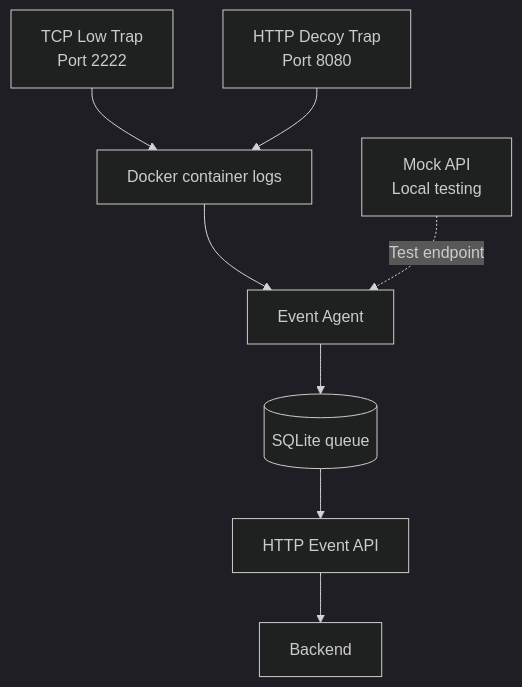
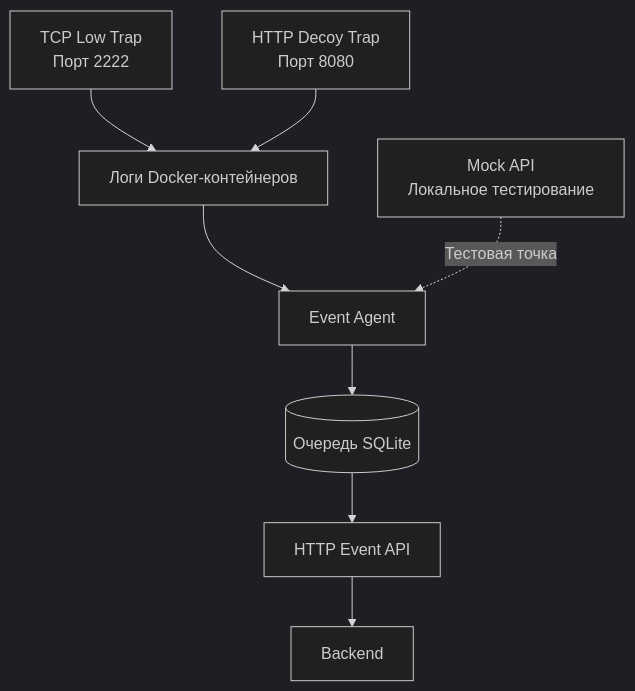
The diagram in README.md (TundraZD/HoneyForge), drawn with Mermaid (dark theme) before and after one commit. The commit also changed other lines of this file, not shown here.

````diff
--- a/README.md
+++ b/README.md
@@ -48,10 +49,10 @@
 ```mermaid
 flowchart TD
-    A["TCP Low Trap<br/>Port 2222"] --> D["Docker container logs"]
-    B["HTTP Decoy Trap<br/>Port 8080"] --> D
+    A["TCP Low Trap<br/>Порт 2222"] --> D["Логи Docker-контейнеров"]
+    B["HTTP Decoy Trap<br/>Порт 8080"] --> D
     D --> E["Event Agent"]
-    E --> F[("SQLite queue")]
+    E --> F[("Очередь SQLite")]
     F --> G["HTTP Event API"]
     G --> H["Backend"]
-    I["Mock API<br/>Local testing"] -. "Test endpoint" .-> E
+    I["Mock API<br/>Локальное тестирование"] -. "Тестовая точка" .-> E
 ```
````
